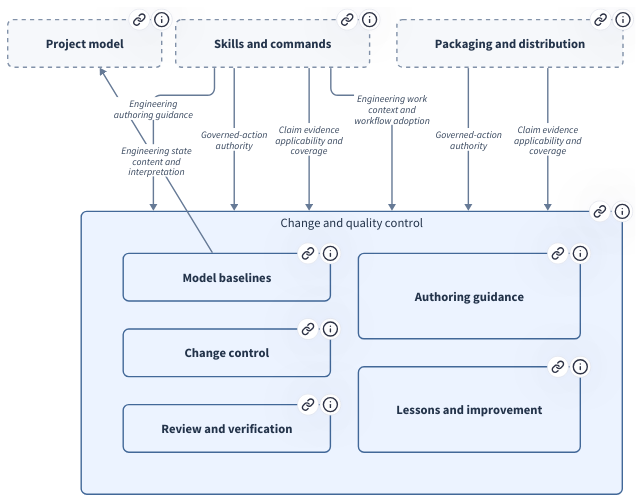
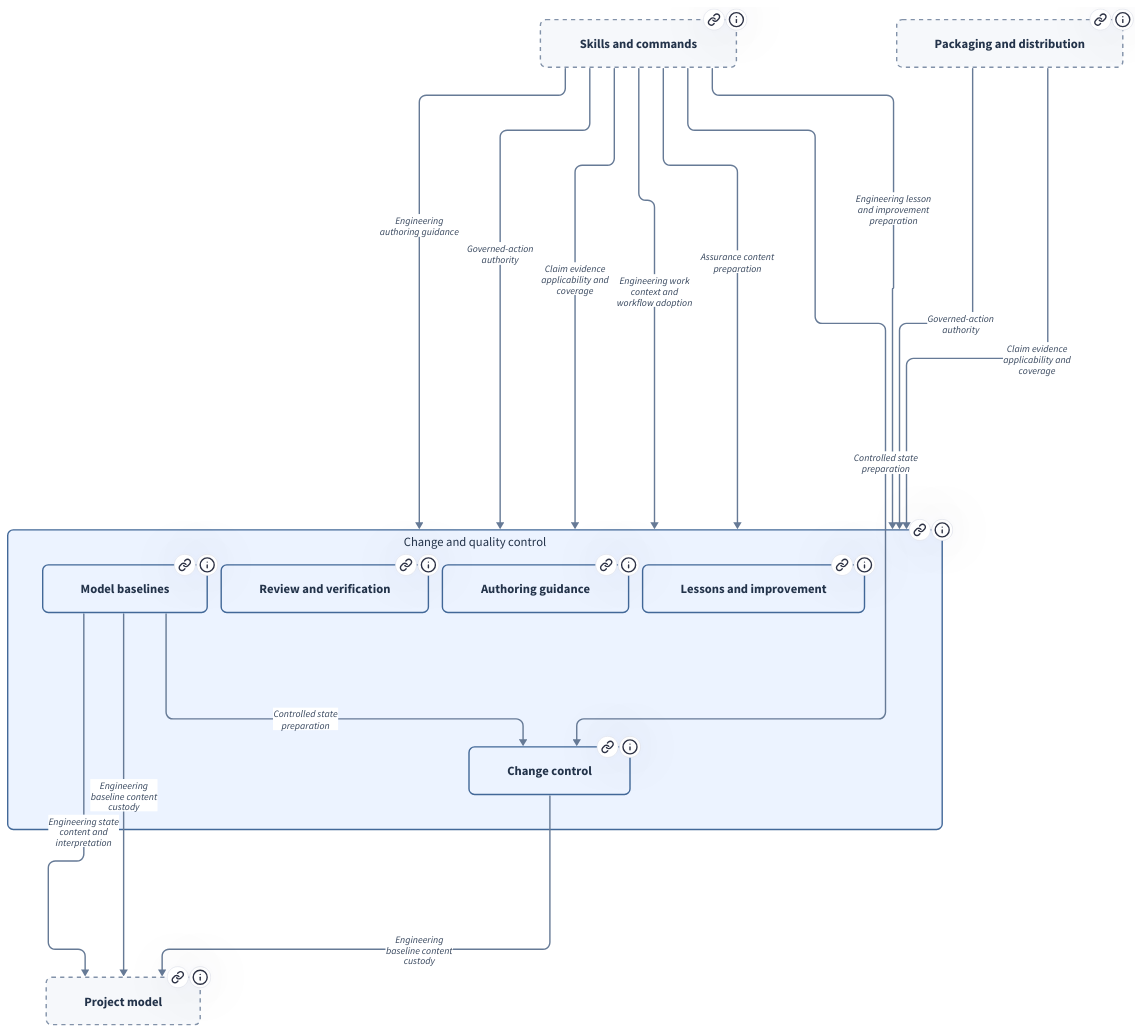
One commit to xiongxianfei/rigorloop changed the diagram in design/architecture/views/browser/diagrams/module-MOD-017.d2. Above: the diagram before and after it, drawn with D2. The commit also changed 262 other files, not shown here.

Commit message:
Add system requirements architecture view and assessments (#208)

```diff
--- a/design/architecture/views/browser/diagrams/module-MOD-017.d2
+++ b/design/architecture/views/browser/diagrams/module-MOD-017.d2
@@ -1,151 +1,198 @@
 # Generated from canonical REM records; do not edit.
-# Source identity: 45c038c07e12e6780416c9a3833873518354213a1c976dcae38bd54077894c80
+# Source identity: 7b8440c54b5c4fada352158a820009762fd64568b87d27d147a47f19f6e4ee60
 # Arrows show consumer -> provider; they do not show execution order.
 vars: {
   d2-config: {
     layout-engine: elk
   }
 }
 direction: down
 
 m_4d4f442d303137: "Change and quality control" {
   link: "#module/MOD-017"
   tooltip: "Change and quality control (MOD-017)"
   style.fill: "#ECF3FF"
   style.stroke: "#426898"
   style.font-color: "#23334A"
   style.font-size: 18
   style.border-radius: 8
-  grid-columns: 2
   m_4d4f442d303035: "Model baselines" {
     link: "#module/MOD-005"
     tooltip: "Model baselines (MOD-005)"
     style.fill: "#ECF3FF"
     style.stroke: "#426898"
     style.font-color: "#23334A"
     style.font-size: 18
     style.border-radius: 8
   }
   m_4d4f442d303036: "Change control" {
     link: "#module/MOD-006"
     tooltip: "Change control (MOD-006)"
     style.fill: "#ECF3FF"
     style.stroke: "#426898"
     style.font-color: "#23334A"
     style.font-size: 18
     style.border-radius: 8
   }
   m_4d4f442d303037: "Review and verification" {
     link: "#module/MOD-007"
     tooltip: "Review and verification (MOD-007)"
     style.fill: "#ECF3FF"
     style.stroke: "#426898"
     style.font-color: "#23334A"
     style.font-size: 18
     style.border-radius: 8
   }
   m_4d4f442d303038: "Authoring guidance" {
     link: "#module/MOD-008"
     tooltip: "Authoring guidance (MOD-008)"
     style.fill: "#ECF3FF"
     style.stroke: "#426898"
     style.font-color: "#23334A"
     style.font-size: 18
     style.border-radius: 8
   }
   m_4d4f442d303039: "Lessons and improvement" {
     link: "#module/MOD-009"
     tooltip: "Lessons and improvement (MOD-009)"
     style.fill: "#ECF3FF"
     style.stroke: "#426898"
     style.font-color: "#23334A"
     style.font-size: 18
     style.border-radius: 8
   }
 }
 m_4d4f442d303136: "Project model" {
   link: "#module/MOD-016"
   tooltip: "Project model (MOD-016)"
   style.fill: "#F6F8FB"
   style.stroke: "#8292A9"
   style.font-color: "#23334A"
   style.font-size: 18
   style.border-radius: 8
   style.stroke-dash: 3
 }
 m_4d4f442d303138: "Skills and commands" {
   link: "#module/MOD-018"
   tooltip: "Skills and commands (MOD-018)"
   style.fill: "#F6F8FB"
   style.stroke: "#8292A9"
   style.font-color: "#23334A"
   style.font-size: 18
   style.border-radius: 8
   style.stroke-dash: 3
 }
 m_4d4f442d303139: "Packaging and distribution" {
   link: "#module/MOD-019"
   tooltip: "Packaging and distribution (MOD-019)"
   style.fill: "#F6F8FB"
   style.stroke: "#8292A9"
   style.font-color: "#23334A"
   style.font-size: 18
   style.border-radius: 8
   style.stroke-dash: 3
 }
 m_4d4f442d303137.m_4d4f442d303035 -> m_4d4f442d303136: "Engineering state\ncontent and\ninterpretation" {
   link: "#interface/IF-007"
   tooltip: "Engineering state content and interpretation (IF-007)"
   style.stroke: "#667A96"
   style.font-color: "#34445B"
   style.fill: "#FFFFFF"
   style.font-size: 14
 }
 m_4d4f442d303138 -> m_4d4f442d303137: "Engineering\nauthoring guidance" {
   link: "#interface/IF-008"
   tooltip: "Applicable engineering authoring guidance (IF-008)"
   style.stroke: "#667A96"
   style.font-color: "#34445B"
   style.fill: "#FFFFFF"
   style.font-size: 14
 }
 m_4d4f442d303138 -> m_4d4f442d303137: "Governed-action\nauthority" {
   link: "#interface/IF-009"
   tooltip: "Applicable governed-action authority (IF-009)"
   style.stroke: "#667A96"
   style.font-color: "#34445B"
   style.fill: "#FFFFFF"
   style.font-size: 14
 }
 m_4d4f442d303139 -> m_4d4f442d303137: "Governed-action\nauthority" {
   link: "#interface/IF-009"
   tooltip: "Applicable governed-action authority (IF-009)"
   style.stroke: "#667A96"
   style.font-color: "#34445B"
   style.fill: "#FFFFFF"
   style.font-size: 14
 }
 m_4d4f442d303138 -> m_4d4f442d303137: "Claim evidence\napplicability and\ncoverage" {
   link: "#interface/IF-010"
   tooltip: "Claim evidence applicability and coverage (IF-010)"
   style.stroke: "#667A96"
   style.font-color: "#34445B"
   style.fill: "#FFFFFF"
   style.font-size: 14
 }
 m_4d4f442d303139 -> m_4d4f442d303137: "Claim evidence\napplicability and\ncoverage" {
   link: "#interface/IF-010"
   tooltip: "Claim evidence applicability and coverage (IF-010)"
   style.stroke: "#667A96"
   style.font-color: "#34445B"
   style.fill: "#FFFFFF"
   style.font-size: 14
 }
 m_4d4f442d303138 -> m_4d4f442d303137: "Engineering work\ncontext and\nworkflow adoption" {
   link: "#interface/IF-011"
   tooltip: "Engineering work context and workflow adoption (IF-011)"
   style.stroke: "#667A96"
   style.font-color: "#34445B"
   style.fill: "#FFFFFF"
   style.font-size: 14
 }
+m_4d4f442d303138 -> m_4d4f442d303137: "Assurance content\npreparation" {
+  link: "#interface/IF-014"
+  tooltip: "Assurance content preparation (IF-014)"
+  style.stroke: "#667A96"
+  style.font-color: "#34445B"
+  style.fill: "#FFFFFF"
+  style.font-size: 14
+}
+m_4d4f442d303137.m_4d4f442d303035 -> m_4d4f442d303136: "Engineering\nbaseline content\ncustody" {
+  link: "#interface/IF-015"
+  tooltip: "Engineering baseline content custody (IF-015)"
+  style.stroke: "#667A96"
+  style.font-color: "#34445B"
+  style.fill: "#FFFFFF"
+  style.font-size: 14
+}
+m_4d4f442d303137.m_4d4f442d303036 -> m_4d4f442d303136: "Engineering\nbaseline content\ncustody" {
+  link: "#interface/IF-015"
+  tooltip: "Engineering baseline content custody (IF-015)"
+  style.stroke: "#667A96"
+  style.font-color: "#34445B"
+  style.fill: "#FFFFFF"
+  style.font-size: 14
+}
+m_4d4f442d303137.m_4d4f442d303035 -> m_4d4f442d303137.m_4d4f442d303036: "Controlled state\npreparation" {
+  link: "#interface/IF-016"
+  tooltip: "Controlled state preparation (IF-016)"
+  style.stroke: "#667A96"
+  style.font-color: "#34445B"
+  style.fill: "#FFFFFF"
+  style.font-size: 14
+}
+m_4d4f442d303138 -> m_4d4f442d303137.m_4d4f442d303036: "Controlled state\npreparation" {
+  link: "#interface/IF-016"
+  tooltip: "Controlled state preparation (IF-016)"
+  style.stroke: "#667A96"
+  style.font-color: "#34445B"
+  style.fill: "#FFFFFF"
+  style.font-size: 14
+}
+m_4d4f442d303138 -> m_4d4f442d303137: "Engineering lesson\nand improvement\npreparation" {
+  link: "#interface/IF-017"
+  tooltip: "Engineering lesson and improvement preparation (IF-017)"
+  style.stroke: "#667A96"
+  style.font-color: "#34445B"
+  style.fill: "#FFFFFF"
+  style.font-size: 14
+}
```
